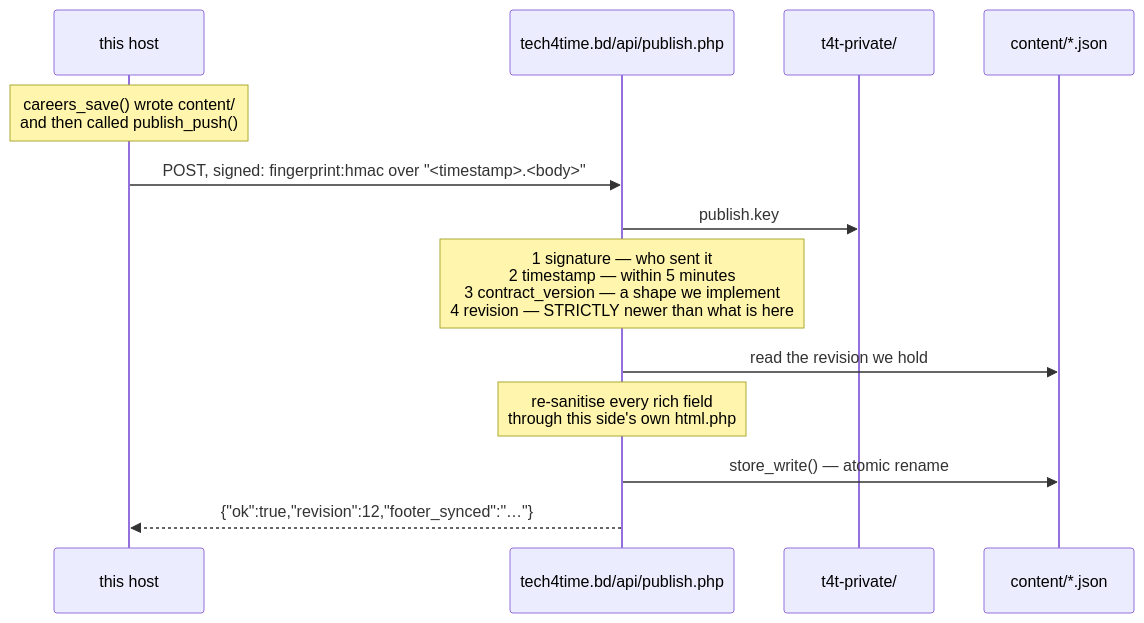
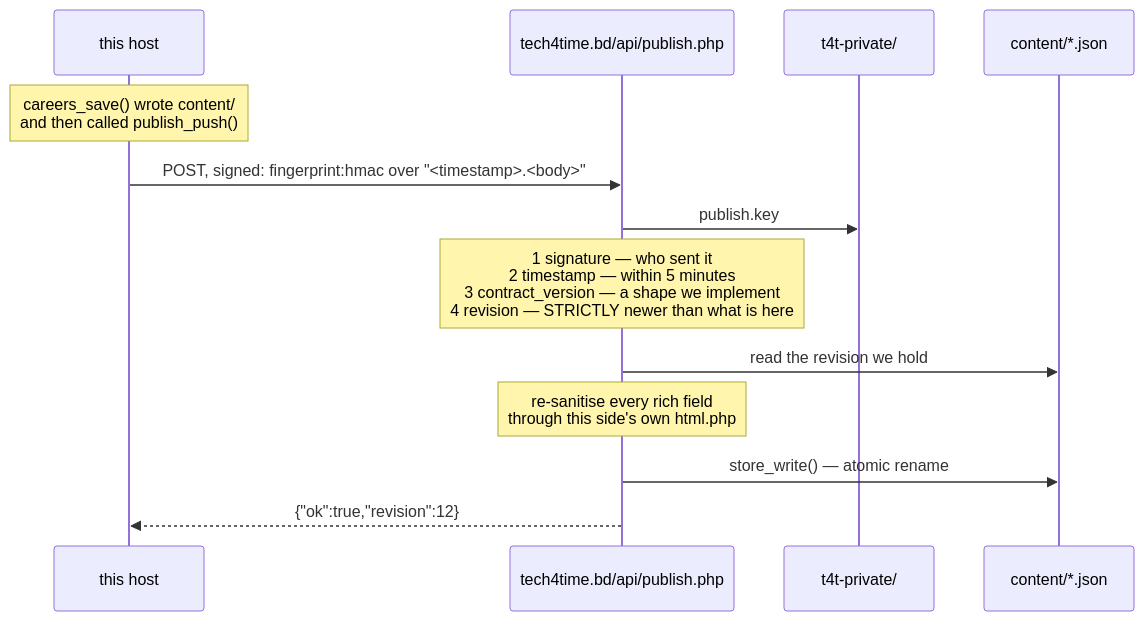
One commit to M-s-Tech4TIME/tech4time-website-backend changed the third of 4 diagrams in docs/00-orientation/architecture.md. Above: the diagram before and after it, drawn with Mermaid. The commit also changed 32 other files, not shown here.

````diff
--- a/docs/00-orientation/architecture.md
+++ b/docs/00-orientation/architecture.md
@@ -140,16 +140,16 @@
 ```mermaid
 sequenceDiagram
     participant BE as this host
     participant A as tech4time.bd/api/publish.php
     participant P as t4t-private/
     participant C as content/*.json
 
     Note over BE: careers_save() wrote content/<br/>and then called publish_push()
     BE->>A: POST, signed: fingerprint:hmac over "<timestamp>.<body>"
     A->>P: publish.key
     Note over A: 1 signature — who sent it<br/>2 timestamp — within 5 minutes<br/>3 contract_version — a shape we implement<br/>4 revision — STRICTLY newer than what is here
     A->>C: read the revision we hold
     Note over A: re-sanitise every rich field<br/>through this side's own html.php
     A->>C: store_write() — atomic rename
-    A-->>BE: {"ok":true,"revision":12,"footer_synced":"…"}
+    A-->>BE: {"ok":true,"revision":12}
 ```
````
